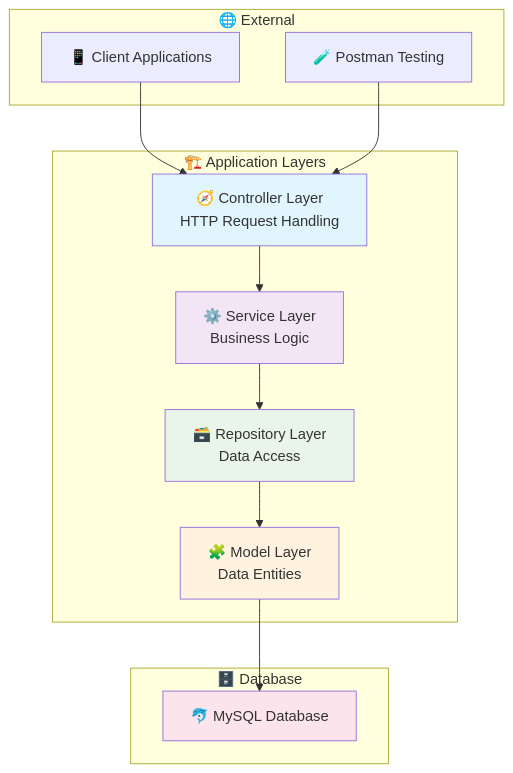
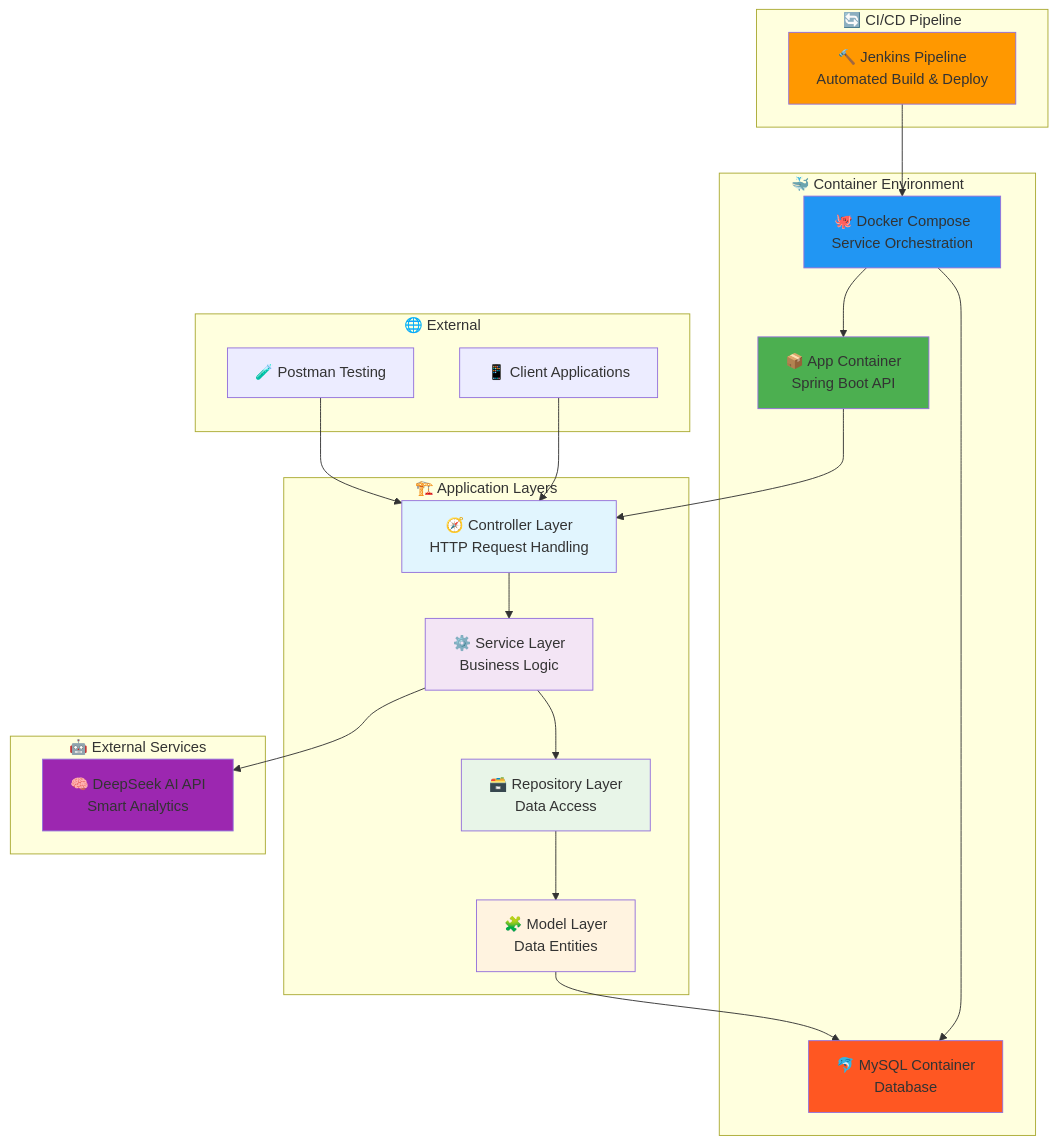
One commit to riteshsmalviya/expense-tracker changed the first of 3 diagrams in README.md. Above: the diagram before and after it, drawn with Mermaid. The commit also changed other lines of this file, not shown here.

First line of the commit message:
Enhance README with Docker, CI/CD, and AI features

````diff
--- a/README.md
+++ b/README.md
@@ -39,31 +40,50 @@
 ```mermaid
 graph TB
+    subgraph "🔄 CI/CD Pipeline"
+        J[🔨 Jenkins Pipeline<br/>Automated Build & Deploy]
+    end
+    
+    subgraph "🐳 Container Environment"
+        DC[🐙 Docker Compose<br/>Service Orchestration]
+        DA[📦 App Container<br/>Spring Boot API]
+        DB[🐬 MySQL Container<br/>Database]
+    end
+    
     subgraph "🏗️ Application Layers"
         A[🧭 Controller Layer<br/>HTTP Request Handling]
         B[⚙️ Service Layer<br/>Business Logic]
         C[🗃️ Repository Layer<br/>Data Access]
         D[🧩 Model Layer<br/>Data Entities]
     end
     
-    subgraph "🗄️ Database"
-        E[🐬 MySQL Database]
+    subgraph "🤖 External Services"
+        AI[🧠 DeepSeek AI API<br/>Smart Analytics]
     end
     
     subgraph "🌐 External"
         F[📱 Client Applications]
         G[🧪 Postman Testing]
     end
     
+    J --> DC
+    DC --> DA
+    DC --> DB
+    DA --> A
     F --> A
     G --> A
     A --> B
     B --> C
+    B --> AI
     C --> D
-    D --> E
+    D --> DB
     
+    style J fill:#ff9800
+    style DC fill:#2196f3
+    style DA fill:#4caf50
+    style DB fill:#ff5722
     style A fill:#e1f5fe
     style B fill:#f3e5f5
     style C fill:#e8f5e8
     style D fill:#fff3e0
-    style E fill:#fce4ec
+    style AI fill:#9c27b0
 ```
````
